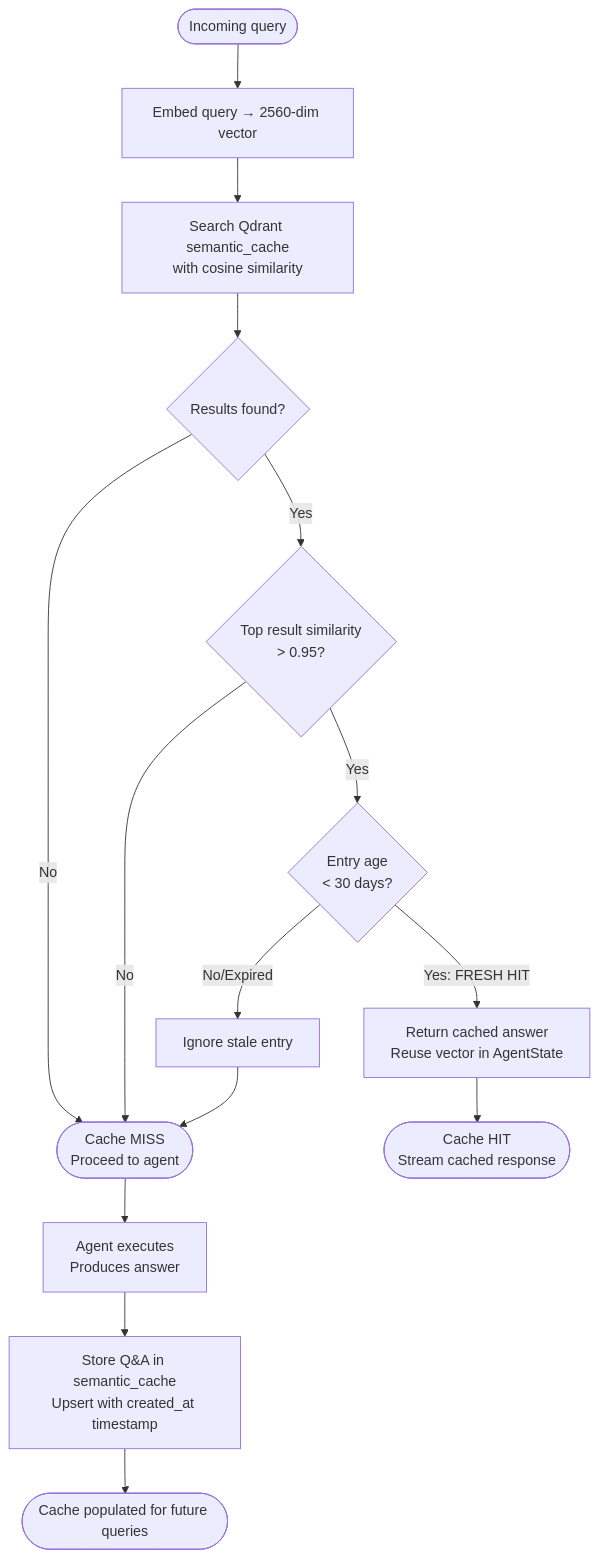
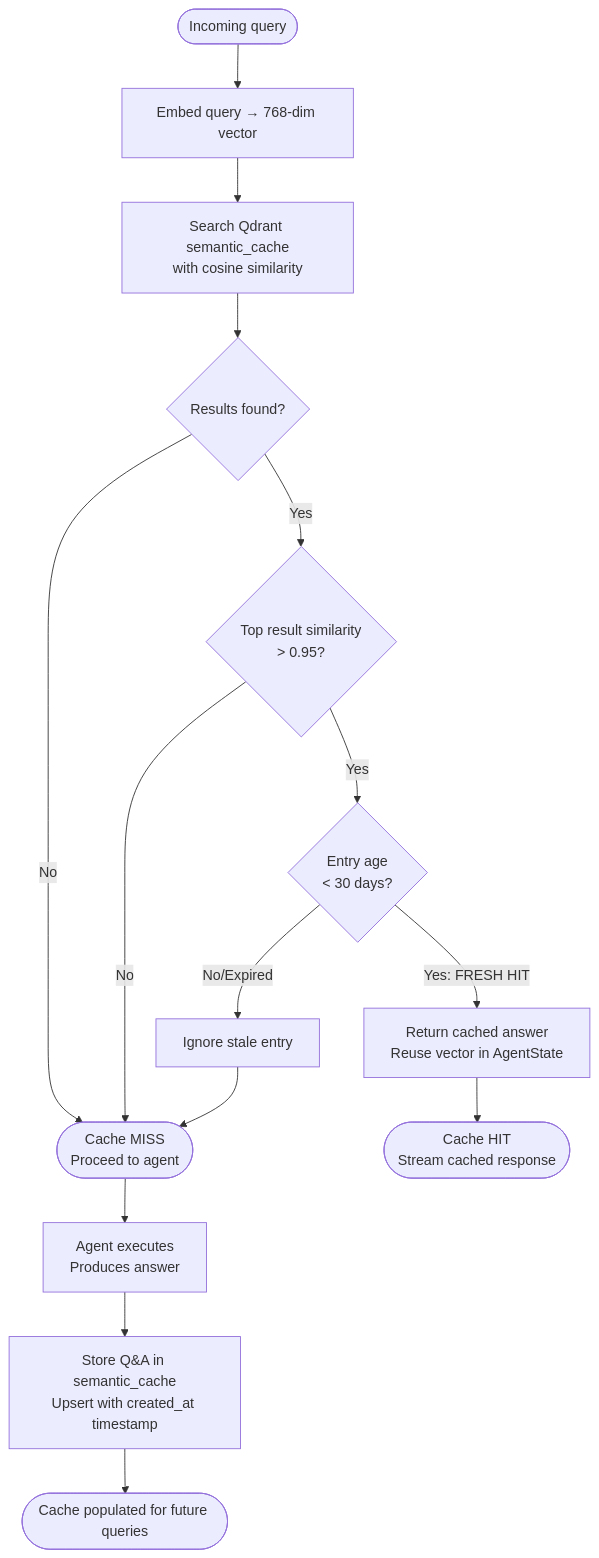
One commit to Sheria-Platform/sheria_platform_mvp changed the fifth of 7 diagrams in docs/review/BPMN_WORKFLOWS.md. Above: the diagram before and after it, drawn with Mermaid. The commit also changed other lines of this file and 6 other files, not shown here.

First line of the commit message:
feat(agent): update AGENT_DESIGN.md with legal research graph details

````diff
--- a/docs/review/BPMN_WORKFLOWS.md
+++ b/docs/review/BPMN_WORKFLOWS.md
@@ -380,22 +380,22 @@
 ```mermaid
 flowchart TD
-    A([Incoming query]) --> B[Embed query → 2560-dim vector]
+    A([Incoming query]) --> B[Embed query → 768-dim vector]
     B --> C[Search Qdrant semantic_cache\nwith cosine similarity]
     C --> D{Results found?}
 
     D -- No --> E([Cache MISS\nProceed to agent])
 
     D -- Yes --> F{Top result similarity\n> 0.95?}
     F -- No --> E
 
     F -- Yes --> G{Entry age\n< 30 days?}
     G -- No/Expired --> H[Ignore stale entry]
     H --> E
 
     G -- Yes: FRESH HIT --> I[Return cached answer\nReuse vector in AgentState]
     I --> J([Cache HIT\nStream cached response])
 
     E --> K[Agent executes\nProduces answer]
     K --> L[Store Q&A in semantic_cache\nUpsert with created_at timestamp]
     L --> M([Cache populated for future queries])
 ```
````
